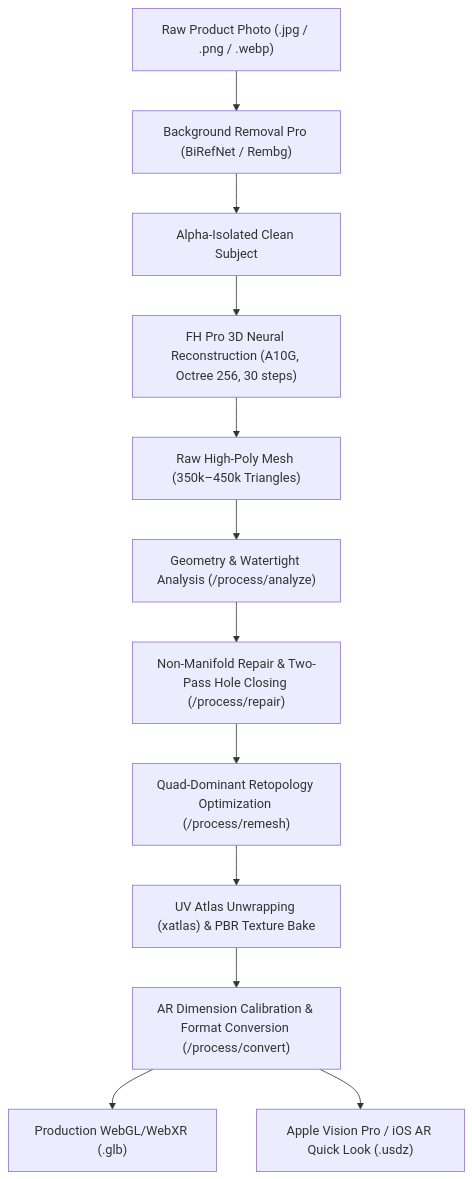
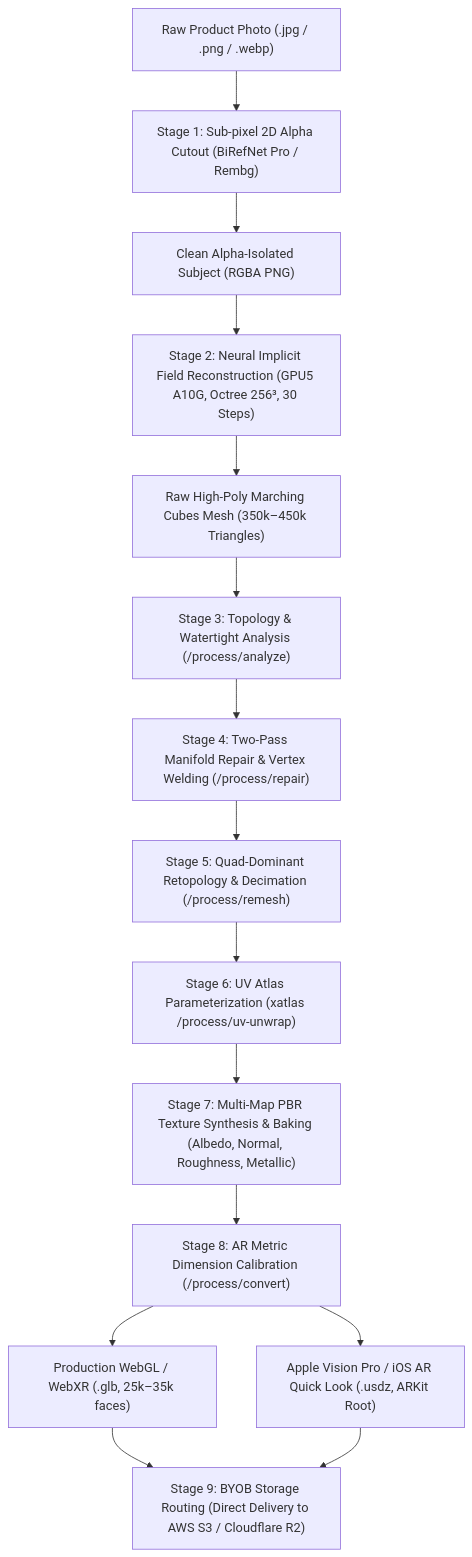
The first of 2 diagrams in recipes/image-to-3d.md (fotohubapp/docs), drawn with Mermaid before and after one commit. The commit also changed other lines of this file and 61 other files, not shown here.

````diff
--- a/recipes/image-to-3d.md
+++ b/recipes/image-to-3d.md
@@ -11,14 +13,16 @@
 ```mermaid
 flowchart TD
-    A["Raw Product Photo (.jpg / .png / .webp)"] --> B["Background Removal Pro (BiRefNet / Rembg)"]
-    B --> C["Alpha-Isolated Clean Subject"]
-    C --> D["FH Pro 3D Neural Reconstruction (A10G, Octree 256, 30 steps)"]
-    D --> E["Raw High-Poly Mesh (350k–450k Triangles)"]
-    E --> F["Geometry & Watertight Analysis (/process/analyze)"]
-    F --> G["Non-Manifold Repair & Two-Pass Hole Closing (/process/repair)"]
-    G --> H["Quad-Dominant Retopology Optimization (/process/remesh)"]
-    H --> I["UV Atlas Unwrapping (xatlas) & PBR Texture Bake"]
-    I --> J["AR Dimension Calibration & Format Conversion (/process/convert)"]
-    J --> K1["Production WebGL/WebXR (.glb)"]
-    J --> K2["Apple Vision Pro / iOS AR Quick Look (.usdz)"]
+    A["Raw Product Photo (.jpg / .png / .webp)"] --> B["Stage 1: Sub-pixel 2D Alpha Cutout (BiRefNet Pro / Rembg)"]
+    B --> C["Clean Alpha-Isolated Subject (RGBA PNG)"]
+    C --> D["Stage 2: Neural Implicit Field Reconstruction (GPU5 A10G, Octree 256³, 30 Steps)"]
+    D --> E["Raw High-Poly Marching Cubes Mesh (350k–450k Triangles)"]
+    E --> F["Stage 3: Topology & Watertight Analysis (/process/analyze)"]
+    F --> G["Stage 4: Two-Pass Manifold Repair & Vertex Welding (/process/repair)"]
+    G --> H["Stage 5: Quad-Dominant Retopology & Decimation (/process/remesh)"]
+    H --> I["Stage 6: UV Atlas Parameterization (xatlas /process/uv-unwrap)"]
+    I --> J["Stage 7: Multi-Map PBR Texture Synthesis & Baking (Albedo, Normal, Roughness, Metallic)"]
+    J --> K["Stage 8: AR Metric Dimension Calibration (/process/convert)"]
+    K --> L1["Production WebGL / WebXR (.glb, 25k–35k faces)"]
+    K --> L2["Apple Vision Pro / iOS AR Quick Look (.usdz, ARKit Root)"]
+    L1 & L2 --> M["Stage 9: BYOB Storage Routing (Direct Delivery to AWS S3 / Cloudflare R2)"]
 ```
````
